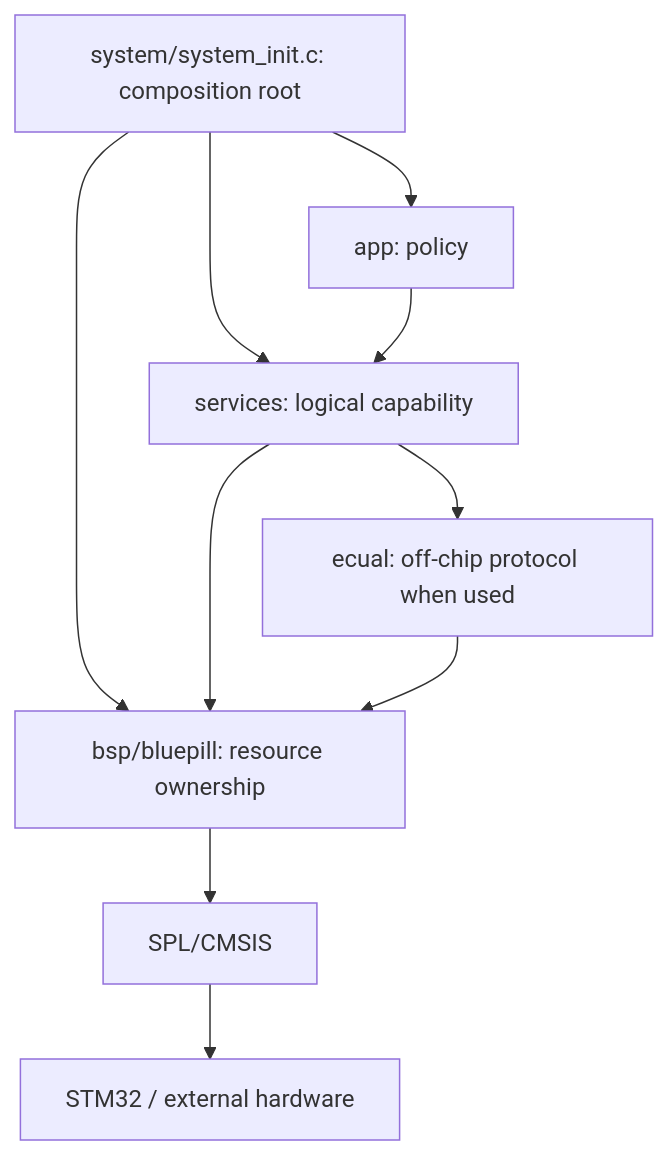
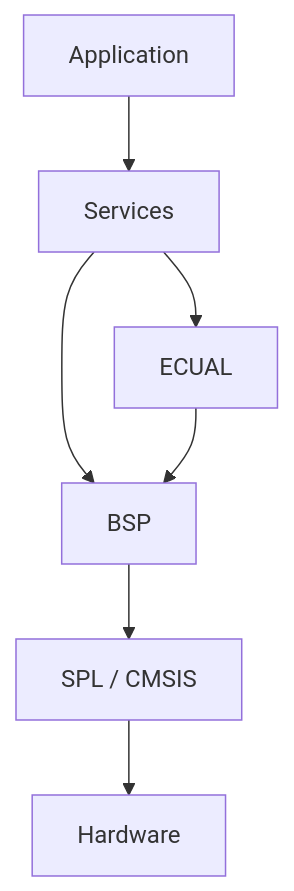
The first of 2 diagrams in 06-i2c-display/docs/architecture.md (haikevins/stm32f1-spl-procedural-baremetal), drawn with Mermaid before and after one commit. The commit also changed other lines of this file and 24 other files, not shown here.

````diff
--- a/06-i2c-display/docs/architecture.md
+++ b/06-i2c-display/docs/architecture.md
@@ -41,12 +41,9 @@
 ```mermaid
-flowchart TD
-    SYS["system/system_init.c: composition root"] --> APP["app: policy"]
-    SYS --> SVC["services: logical capability"]
-    SYS --> BSP["bsp/bluepill: resource ownership"]
-    APP --> SVC
-    SVC --> BSP
-    SVC --> ECUAL["ecual: off-chip protocol when used"]
+flowchart TB
+    APP["Application"] --> SVC["Services"]
+    SVC --> BSP["BSP"]
+    SVC --> ECUAL["ECUAL"]
     ECUAL --> BSP
-    BSP --> SPL["SPL/CMSIS"]
-    SPL --> HW["STM32 / external hardware"]
+    BSP --> SPL["SPL / CMSIS"]
+    SPL --> HW["Hardware"]
 ```
````
